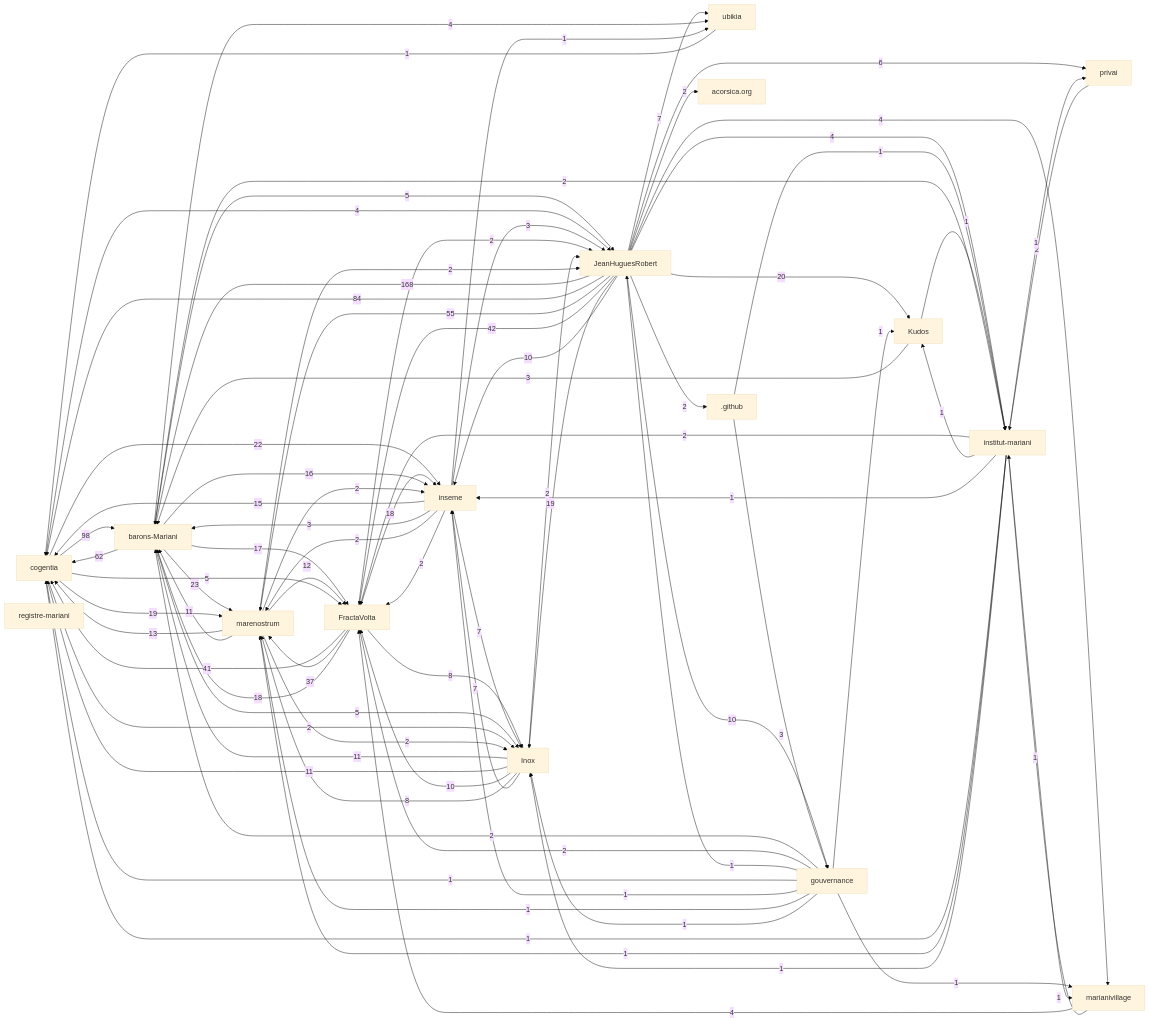
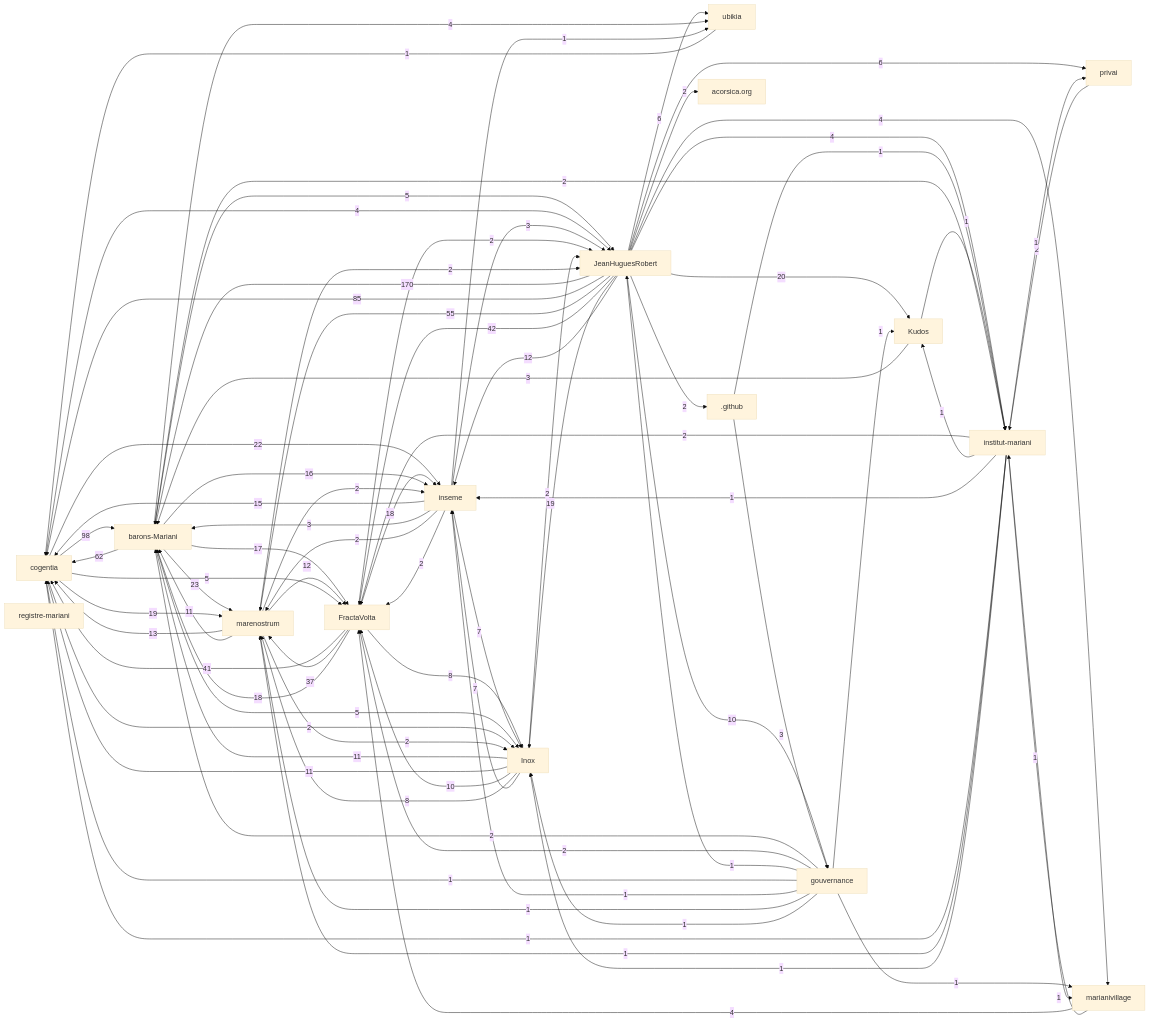
One commit to JeanHuguesRobert/JeanHuguesRobert changed the diagram in research/corpus-status.md. Above: the diagram before and after it, drawn with Mermaid (base theme). The commit also changed 1 other file, not shown here.

Commit message:
Refresh consolidated corpus navigation

```diff
--- a/research/corpus-status.md
+++ b/research/corpus-status.md
@@ -61,9 +61,9 @@
   r_kudos["Kudos"]
   r_github[".github"]
   r_acorsica_org["acorsica.org"]
-  r_jeanhuguesrobert -->|168| r_barons_mariani
+  r_jeanhuguesrobert -->|170| r_barons_mariani
   r_cogentia -->|98| r_barons_mariani
-  r_jeanhuguesrobert -->|84| r_cogentia
+  r_jeanhuguesrobert -->|85| r_cogentia
   r_barons_mariani -->|62| r_cogentia
   r_jeanhuguesrobert -->|55| r_marenostrum
   r_jeanhuguesrobert -->|42| r_fractavolta
@@ -80,19 +80,19 @@
   r_barons_mariani -->|16| r_inseme
   r_inseme -->|15| r_cogentia
   r_marenostrum -->|13| r_cogentia
+  r_jeanhuguesrobert -->|12| r_inseme
   r_marenostrum -->|12| r_fractavolta
   r_inox -->|11| r_barons_mariani
   r_inox -->|11| r_cogentia
   r_marenostrum -->|11| r_barons_mariani
   r_inox -->|10| r_fractavolta
-  r_jeanhuguesrobert -->|10| r_inseme
   r_jeanhuguesrobert -->|10| r_gouvernance
   r_fractavolta -->|8| r_inox
   r_inox -->|8| r_marenostrum
   r_inox -->|7| r_inseme
   r_inseme -->|7| r_inox
-  r_jeanhuguesrobert -->|7| r_ubikia
   r_jeanhuguesrobert -->|6| r_privai
+  r_jeanhuguesrobert -->|6| r_ubikia
   r_barons_mariani -->|5| r_inox
   r_barons_mariani -->|5| r_jeanhuguesrobert
   r_cogentia -->|5| r_fractavolta
```
